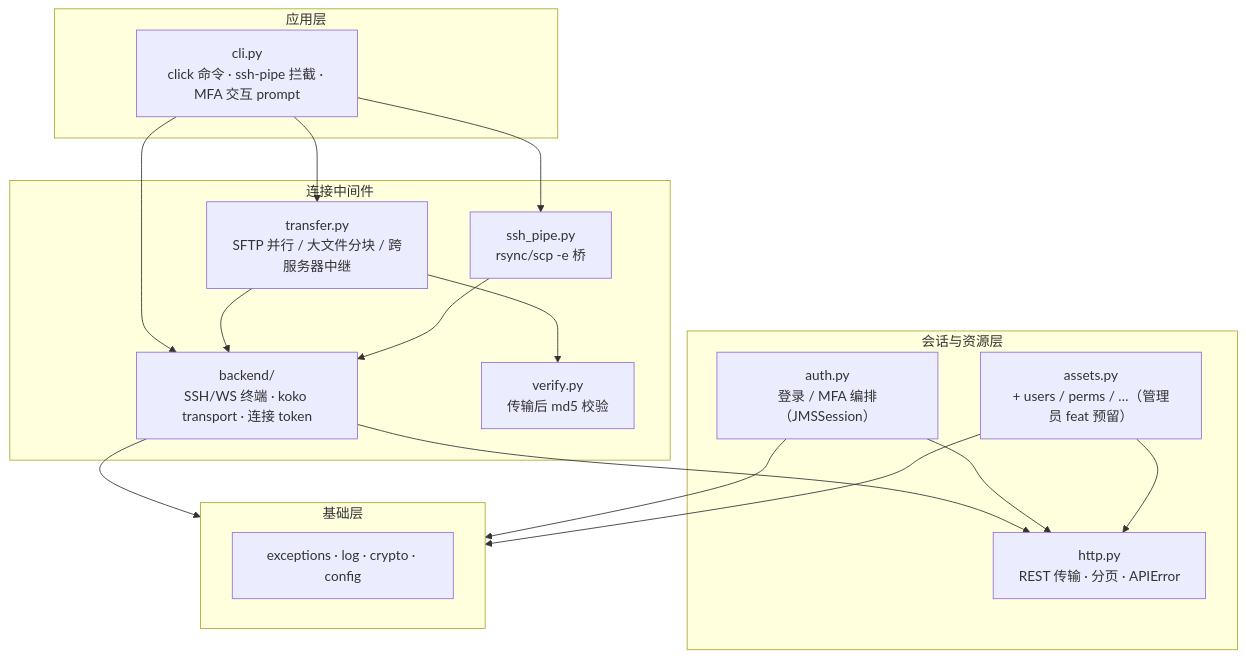
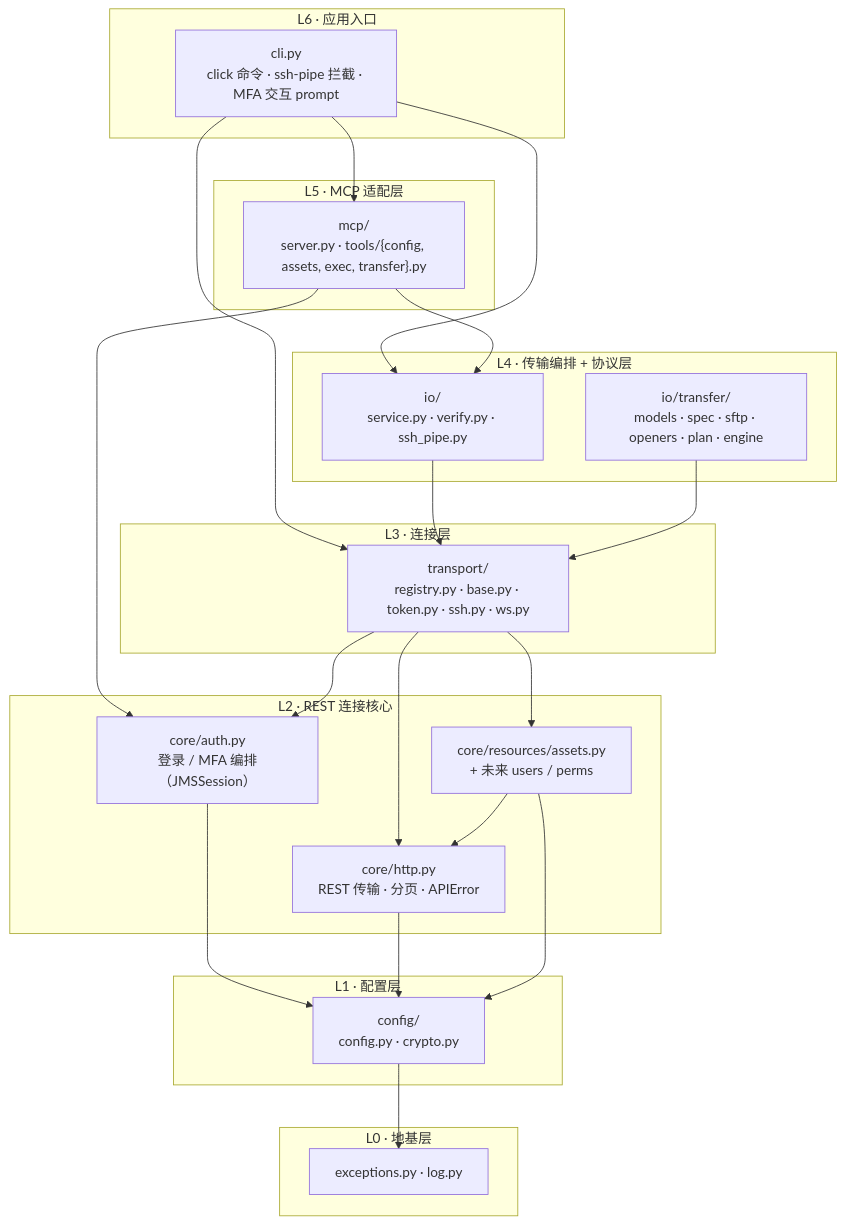
Before and after one commit to kaptnemo/jms-cli: the diagram in DEVELOP.md, drawn with Mermaid. The commit also changed other lines of this file and 54 other files, not shown here.

First line of the commit message:
refactor: layered package structure, transport registry, MCP server, v0.2.0

````diff
--- a/DEVELOP.md
+++ b/DEVELOP.md
@@ -7,26 +7,34 @@
 ```mermaid
 graph TD
-    subgraph L3["应用层"]
+    subgraph L6["L6 · 应用入口"]
         CLI["cli.py<br/>click 命令 · ssh-pipe 拦截 · MFA 交互 prompt"]
     end
-    subgraph L2["连接中间件"]
-        BE["backend/<br/>SSH/WS 终端 · koko transport · 连接 token"]
-        TR["transfer.py<br/>SFTP 并行 / 大文件分块 / 跨服务器中继"]
-        VF["verify.py<br/>传输后 md5 校验"]
-        SP["ssh_pipe.py<br/>rsync/scp -e 桥"]
+    subgraph L5["L5 · MCP 适配层"]
+        MCP["mcp/<br/>server.py · tools/{config, assets, exec, transfer}.py"]
     end
-    subgraph L1["会话与资源层"]
-        AUTH["auth.py<br/>登录 / MFA 编排（JMSSession）"]
-        HTTP["http.py<br/>REST 传输 · 分页 · APIError"]
-        RES["assets.py<br/>+ users / perms / …（管理员 feat 预留）"]
+    subgraph L4["L4 · 传输编排 + 协议层"]
+        IO["io/<br/>service.py · verify.py · ssh_pipe.py"]
+        TR["io/transfer/<br/>models · spec · sftp · openers · plan · engine"]
     end
-    subgraph L0["基础层"]
-        BASE["exceptions · log · crypto · config"]
+    subgraph L3["L3 · 连接层"]
+        TRN["transport/<br/>registry.py · base.py · token.py · ssh.py · ws.py"]
     end
-    CLI --> BE & TR & SP
-    TR --> VF
-    TR & SP --> BE
-    BE & AUTH --> HTTP
+    subgraph L2["L2 · REST 连接核心"]
+        AUTH["core/auth.py<br/>登录 / MFA 编排（JMSSession）"]
+        HTTP["core/http.py<br/>REST 传输 · 分页 · APIError"]
+        RES["core/resources/assets.py<br/>+ 未来 users / perms"]
+    end
+    subgraph L1["L1 · 配置层"]
+        CFG["config/<br/>config.py · crypto.py"]
+    end
+    subgraph L0["L0 · 地基层"]
+        BASE["exceptions.py · log.py"]
+    end
+    CLI --> MCP & IO & TRN
+    MCP --> IO & AUTH
+    IO & TR --> TRN
+    TRN --> AUTH & HTTP & RES
     RES --> HTTP
-    AUTH & BE & RES --> L0
+    AUTH & HTTP & RES --> CFG
+    CFG --> BASE
 ```
````
